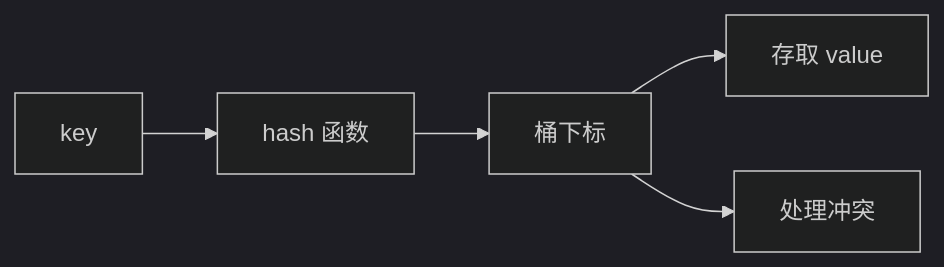
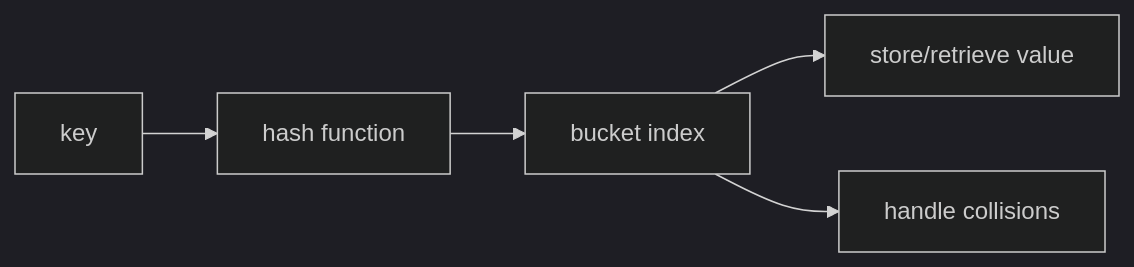
The diagram in src/content/technology/hash.md (HONGLEI111/hhlblog-global), drawn with Mermaid (dark theme) before and after one commit. The commit also changed 33 other files, not shown here.

First line of the commit message:
content(code): 翻译 mermaid 图节点标签（34 文件 / 267 处）

````diff
--- a/src/content/technology/hash.md
+++ b/src/content/technology/hash.md
@@ -205,7 +205,7 @@
 ```mermaid
 graph LR
-    A[key] --> B[hash 函数]
-    B --> C[桶下标]
-    C --> D[存取 value]
-    C --> E[处理冲突]
+    A[key] --> B[hash function]
+    B --> C[bucket index]
+    C --> D[store/retrieve value]
+    C --> E[handle collisions]
 ```
````
